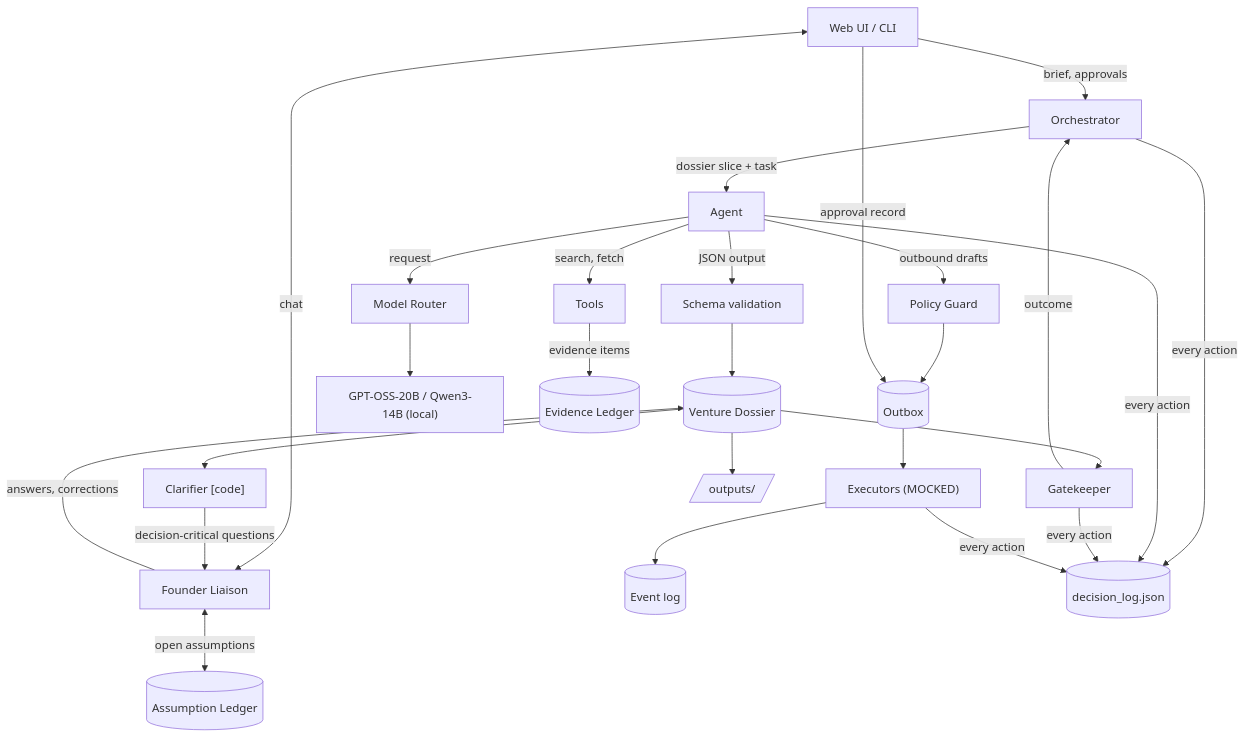
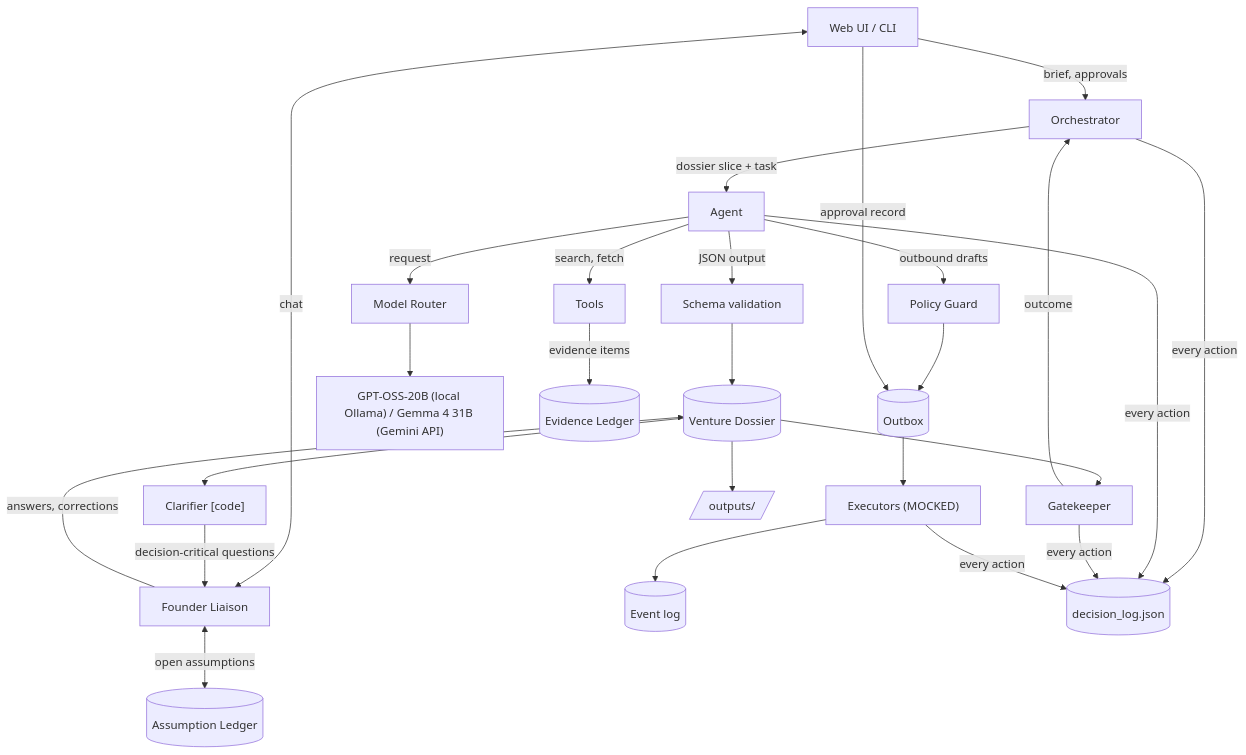
One commit to Lotr2/sudo_win changed the ninth of 9 diagrams in ARCHITECTURE.md. Above: the diagram before and after it, drawn with Mermaid. The commit also changed other lines of this file and 15 other files, not shown here.

First line of the commit message:
Switch second model from Qwen3-14B to Gemma 4 31B on the Gemini API

````diff
--- a/ARCHITECTURE.md
+++ b/ARCHITECTURE.md
@@ -433,19 +433,19 @@
 ```mermaid
 flowchart TB
   UI["Web UI / CLI"] -->|brief, approvals| O["Orchestrator"]
   UI <-->|chat| FL["Founder Liaison"]
   FL -->|answers, corrections| D
   FL <-->|open assumptions| AL[("Assumption Ledger")]
   CL["Clarifier [code]"] -->|decision-critical questions| FL
   D --> CL
   O -->|dossier slice + task| A["Agent"]
-  A -->|request| R["Model Router"] --> M["GPT-OSS-20B / Qwen3-14B (local)"]
+  A -->|request| R["Model Router"] --> M["GPT-OSS-20B (local Ollama) / Gemma 4 31B (Gemini API)"]
   A -->|search, fetch| T["Tools"] -->|evidence items| L[("Evidence Ledger")]
   A -->|JSON output| V["Schema validation"] --> D[("Venture Dossier")]
   D --> GK["Gatekeeper"] -->|outcome| O
   A -->|outbound drafts| PG["Policy Guard"] --> OB[("Outbox")]
   UI -->|approval record| OB --> EX["Executors (MOCKED)"]
   EX --> EV[("Event log")]
   O & A & GK & EX -->|every action| DL[("decision_log.json")]
   D --> OUT[/"outputs/"/]
 ```
````
